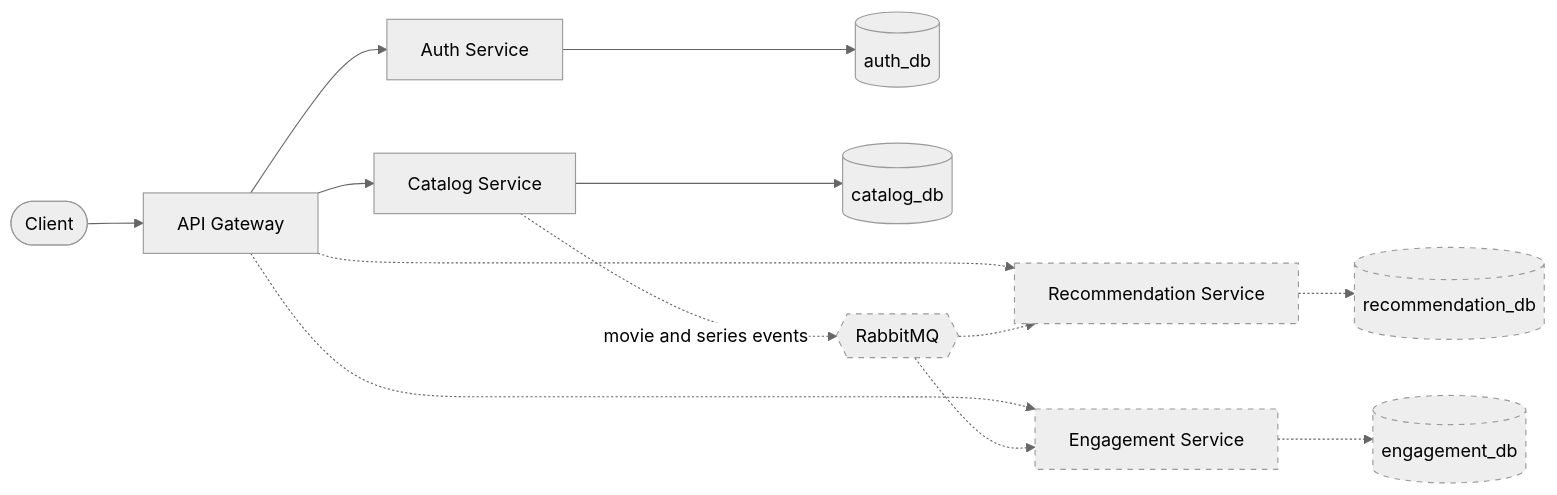
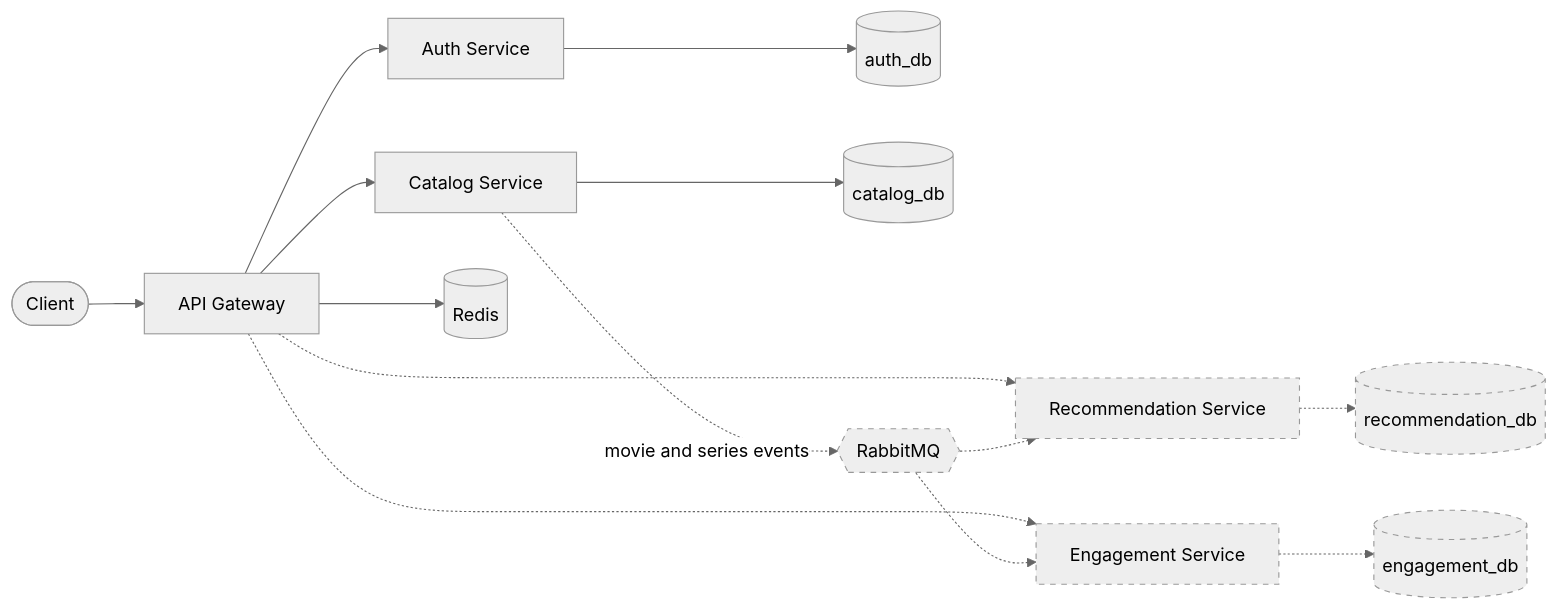
Before and after one commit to leogp/cine-scope: the diagram in README.md, drawn with Mermaid (neutral theme). The commit also changed other lines of this file and 2 other files, not shown here.

First line of the commit message:
Document gateway rate limiting and its integration tests

````diff
--- a/README.md
+++ b/README.md
@@ -5,21 +5,22 @@
 ```mermaid
 flowchart LR
     client([Client]) --> gateway[API Gateway]
 
     gateway --> auth[Auth Service]
     gateway --> catalog[Catalog Service]
+    gateway --> redis[(Redis)]
     gateway -.-> engagement[Engagement Service]
     gateway -.-> recommendation[Recommendation Service]
 
     auth --> authdb[(auth_db)]
     catalog --> catalogdb[(catalog_db)]
     engagement -.-> engagementdb[(engagement_db)]
     recommendation -.-> recommendationdb[(recommendation_db)]
 
         catalog -.->|movie and series events| bus{{RabbitMQ}}
     bus -.-> recommendation
     bus -.-> engagement
 
     classDef planned stroke-dasharray: 5 5
     class engagement,recommendation,engagementdb,recommendationdb,bus planned
 ```
````
